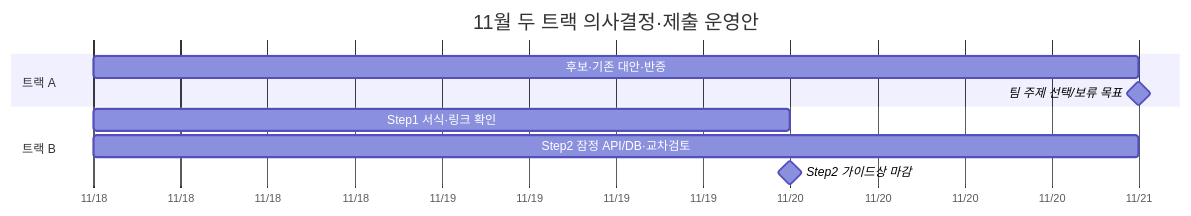
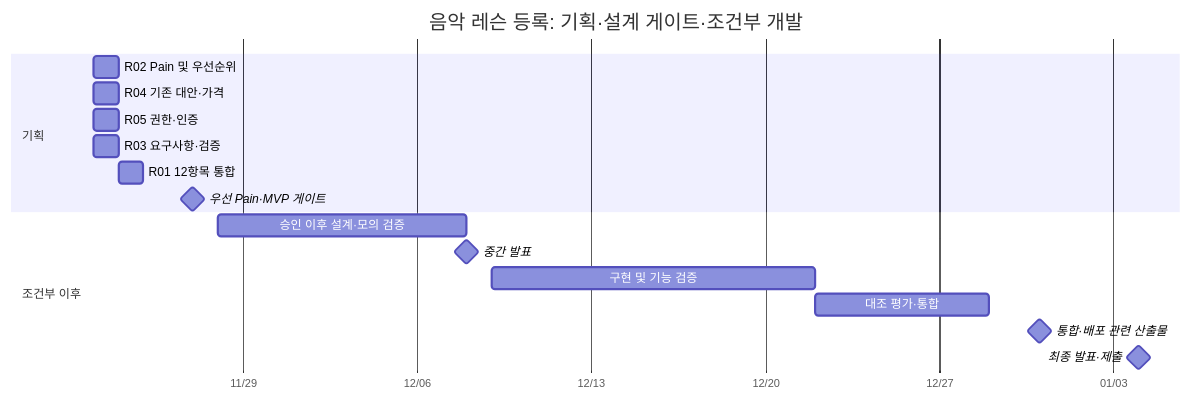
One commit to ik-e/chaja-you changed the diagram in docs/step1/WBS_제출본.md. Above: the diagram before and after it, drawn with Mermaid. The commit also changed other lines of this file, not shown here.

````diff
--- a/docs/step1/WBS_제출본.md
+++ b/docs/step1/WBS_제출본.md
@@ -18,13 +22,20 @@
 ```mermaid
 gantt
- title 11월 두 트랙 의사결정·제출 운영안
- dateFormat YYYY-MM-DD
- axisFormat %m/%d
- section 트랙 A
- 후보·기존 대안·반증 :a1, 2026-11-18, 3d
- 팀 주제 선택/보류 목표 :milestone, a2, 2026-11-21, 0d
- section 트랙 B
- Step1 서식·링크 확인 :b1, 2026-11-18, 2d
- Step2 잠정 API/DB·교차검토 :b2, 2026-11-18, 3d
- Step2 가이드상 마감 :milestone, b3, 2026-11-20, 0d
+    title 음악 레슨 등록: 기획·설계 게이트·조건부 개발
+    dateFormat YYYY-MM-DD
+    axisFormat %m/%d
+    section 기획
+    R02 Pain 및 우선순위 :a1, 2026-11-23, 1d
+    R04 기존 대안·가격 :a2, 2026-11-23, 1d
+    R05 권한·인증 :a3, 2026-11-23, 1d
+    R03 요구사항·검증 :a4, 2026-11-23, 1d
+    R01 12항목 통합 :a5, 2026-11-24, 1d
+    우선 Pain·MVP 게이트 :milestone, a6, 2026-11-27, 0d
+    section 조건부 이후
+    승인 이후 설계·모의 검증 :a7, 2026-11-28, 10d
+    중간 발표 :milestone, a8, 2026-12-08, 0d
+    구현 및 기능 검증 :a9, 2026-12-09, 13d
+    대조 평가·통합 :a10, 2026-12-22, 7d
+    통합·배포 관련 산출물 :milestone, a11, 2026-12-31, 0d
+    최종 발표·제출 :milestone, a12, 2027-01-04, 0d
 ```
````
